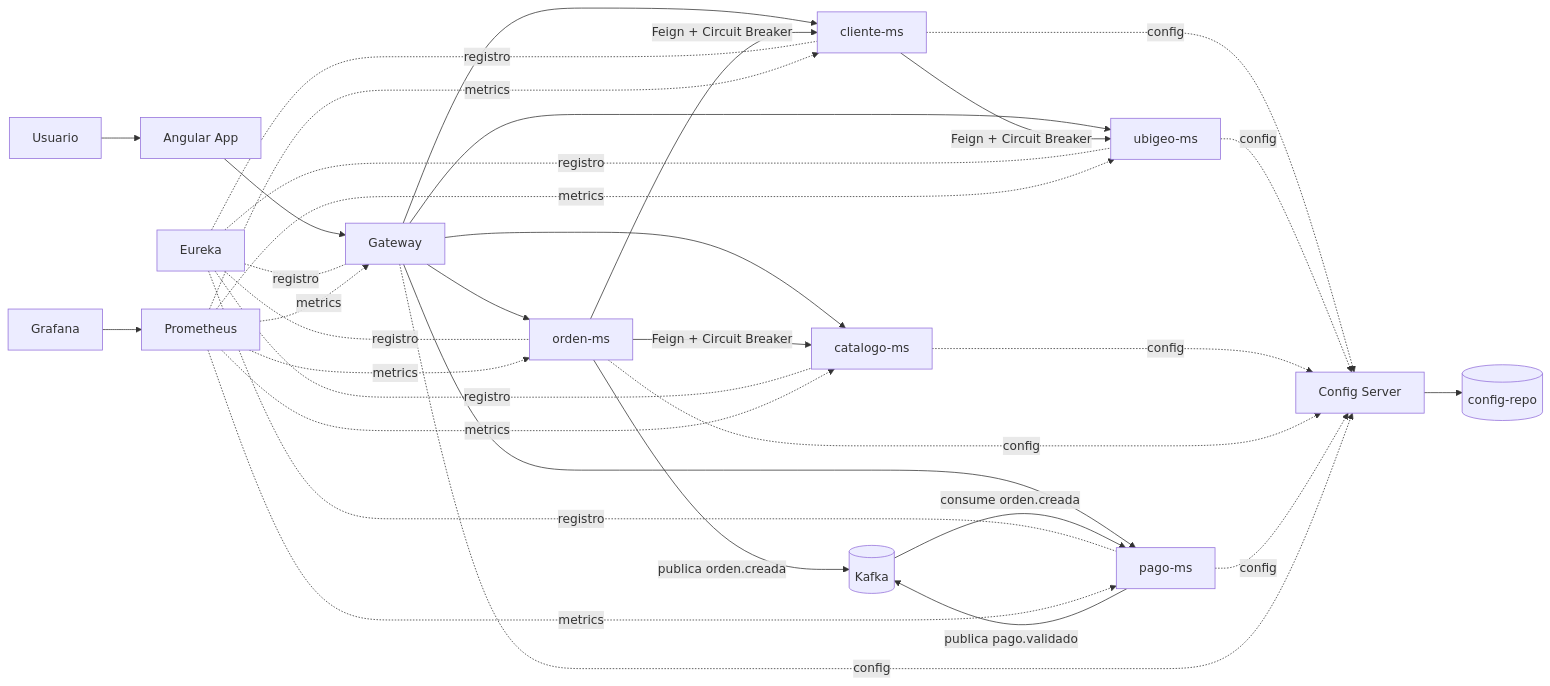
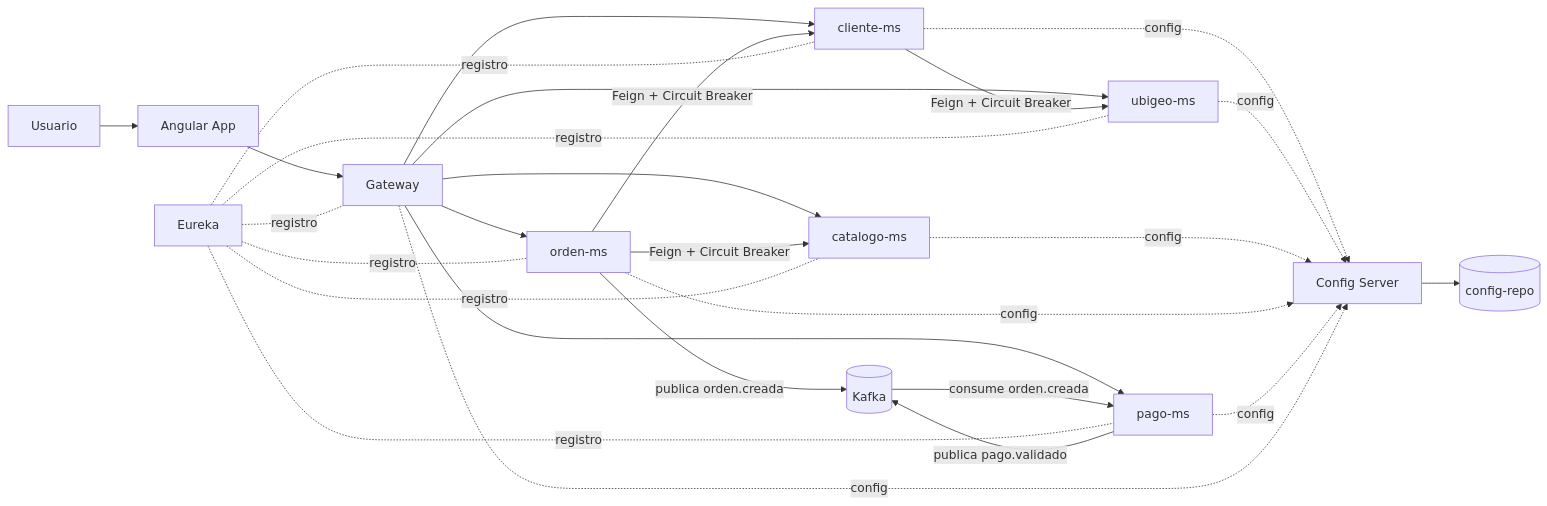
One commit to 262dist/pagatu changed the diagram in README.md. Above: the diagram before and after it, drawn with Mermaid.

````diff
--- a/README.md
+++ b/README.md
@@ -36,42 +36,35 @@
 ```mermaid
 flowchart LR
     usuario[Usuario] --> angular[Angular App]
     angular --> gateway[Gateway]
 
     gateway --> cliente[cliente-ms]
     gateway --> ubigeo[ubigeo-ms]
     gateway --> catalogo[catalogo-ms]
     gateway --> orden[orden-ms]
     gateway --> pago[pago-ms]
 
     cliente -- Feign + Circuit Breaker --> ubigeo
     orden -- Feign + Circuit Breaker --> cliente
     orden -- Feign + Circuit Breaker --> catalogo
 
     orden -- publica orden.creada --> kafka[(Kafka)]
     kafka -- consume orden.creada --> pago
     pago -- publica pago.validado --> kafka
 
     config[Config Server] --> configrepo[(config-repo)]
     cliente -. config .-> config
     ubigeo -. config .-> config
     catalogo -. config .-> config
     orden -. config .-> config
     pago -. config .-> config
     gateway -. config .-> config
 
     eureka[Eureka] -. registro .- cliente
     eureka -. registro .- ubigeo
     eureka -. registro .- catalogo
     eureka -. registro .- orden
     eureka -. registro .- pago
     eureka -. registro .- gateway
 
-    prometheus[Prometheus] -. metrics .-> gateway
-    prometheus -. metrics .-> cliente
-    prometheus -. metrics .-> ubigeo
-    prometheus -. metrics .-> catalogo
-    prometheus -. metrics .-> orden
-    prometheus -. metrics .-> pago
-    grafana[Grafana] --> prometheus
 ```
````
